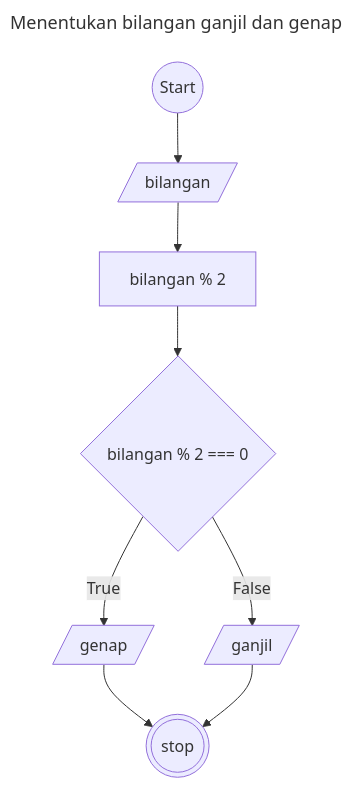
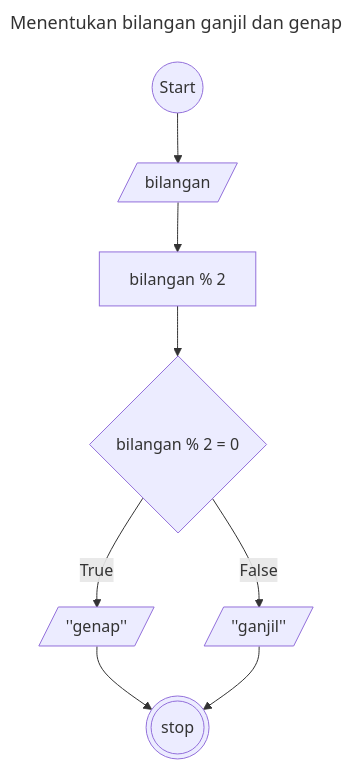
One commit to ItsnaMaulanaHasan/koda-b4-algoritma changed the diagram in minitask4-flowchart.md. Above: the diagram before and after it, drawn with Mermaid. The commit also changed 1 other file, not shown here.

````diff
--- a/minitask4-flowchart.md
+++ b/minitask4-flowchart.md
@@ -3,18 +3,18 @@
 ```mermaid
 ---
     title: Menentukan bilangan ganjil dan genap
 ---
 flowchart TD
     id1((Start))
     id2[/bilangan/]
     id1 --> id2
     id3[bilangan % 2]
     id2 --> id3
-    id4{bilangan % 2 === 0}
+    id4{bilangan % 2 = 0}
     id3 --> id4
-    id5[/ganjil/]
-    id6[/genap/]
+    id5[/''ganjil''/]
+    id6[/''genap''/]
     id7(((stop)))
     id4 -- True --> id6 --> id7
     id4 -- False --> id5 --> id7
 ```
````
